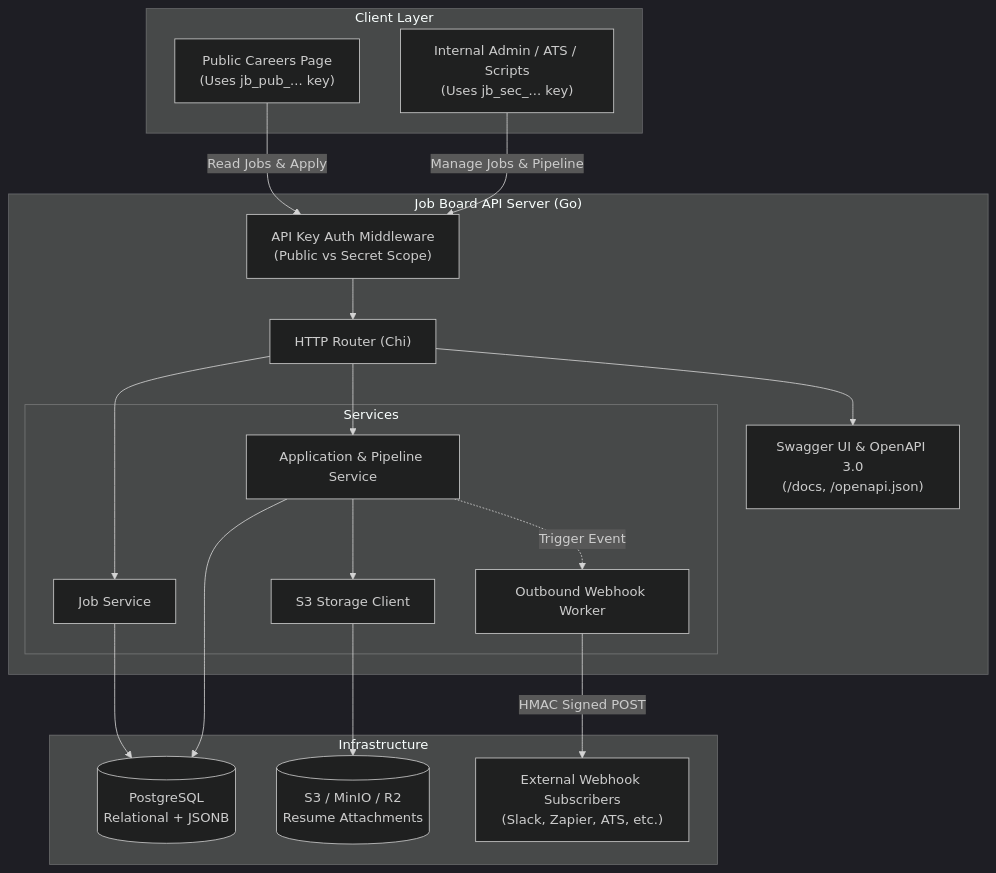
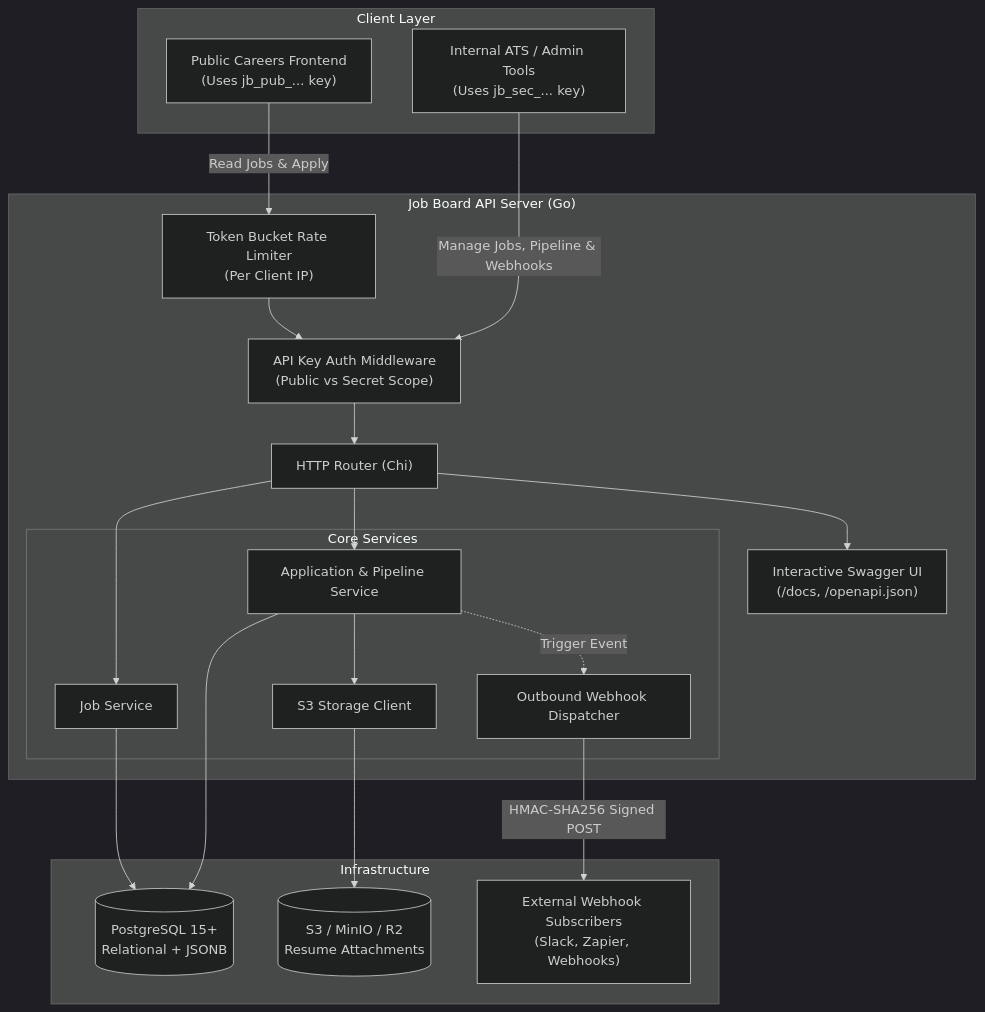
One commit to priyanshuguptadev/job-board changed the diagram in README.md. Above: the diagram before and after it, drawn with Mermaid (dark theme). The commit also changed other lines of this file and 1 other file, not shown here.

Commit message:
docs: update README with API documentation and add MIT license

````diff
--- a/README.md
+++ b/README.md
@@ -11,40 +15,42 @@
 ```mermaid
 flowchart TD
     subgraph ClientLayer ["Client Layer"]
-        PublicWeb["Public Careers Page<br/>(Uses jb_pub_... key)"]
-        AdminDashboard["Internal Admin / ATS / Scripts<br/>(Uses jb_sec_... key)"]
+        PublicWeb["Public Careers Frontend<br/>(Uses jb_pub_... key)"]
+        AdminDashboard["Internal ATS / Admin Tools<br/>(Uses jb_sec_... key)"]
     end
 
     subgraph ServerLayer ["Job Board API Server (Go)"]
         AuthMW["API Key Auth Middleware<br/>(Public vs Secret Scope)"]
+        RateLimitMW["Token Bucket Rate Limiter<br/>(Per Client IP)"]
         Router["HTTP Router (Chi)"]
         
-        subgraph ServicesLayer ["Services"]
+        subgraph ServicesLayer ["Core Services"]
             JobSvc["Job Service"]
             AppSvc["Application & Pipeline Service"]
-            WebhookSvc["Outbound Webhook Worker"]
+            WebhookSvc["Outbound Webhook Dispatcher"]
             StorageSvc["S3 Storage Client"]
         end
         
-        OpenAPI["Swagger UI & OpenAPI 3.0<br/>(/docs, /openapi.json)"]
+        OpenAPI["Interactive Swagger UI<br/>(/docs, /openapi.json)"]
     end
 
     subgraph InfraLayer ["Infrastructure"]
-        Postgres[("PostgreSQL<br/>Relational + JSONB")]
+        Postgres[("PostgreSQL 15+<br/>Relational + JSONB")]
         S3Bucket[("S3 / MinIO / R2<br/>Resume Attachments")]
-        ExternalWebhooks["External Webhook Subscribers<br/>(Slack, Zapier, ATS, etc.)"]
+        ExternalWebhooks["External Webhook Subscribers<br/>(Slack, Zapier, Webhooks)"]
     end
 
-    PublicWeb -->|Read Jobs & Apply| AuthMW
-    AdminDashboard -->|Manage Jobs & Pipeline| AuthMW
+    PublicWeb -->|Read Jobs & Apply| RateLimitMW
+    RateLimitMW --> AuthMW
+    AdminDashboard -->|Manage Jobs, Pipeline & Webhooks| AuthMW
     AuthMW --> Router
     Router --> JobSvc
     Router --> AppSvc
     Router --> OpenAPI
     JobSvc --> Postgres
     AppSvc --> Postgres
     AppSvc --> StorageSvc
     StorageSvc --> S3Bucket
     AppSvc -.->|Trigger Event| WebhookSvc
-    WebhookSvc -->|HMAC Signed POST| ExternalWebhooks
+    WebhookSvc -->|HMAC-SHA256 Signed POST| ExternalWebhooks
 ```
````
